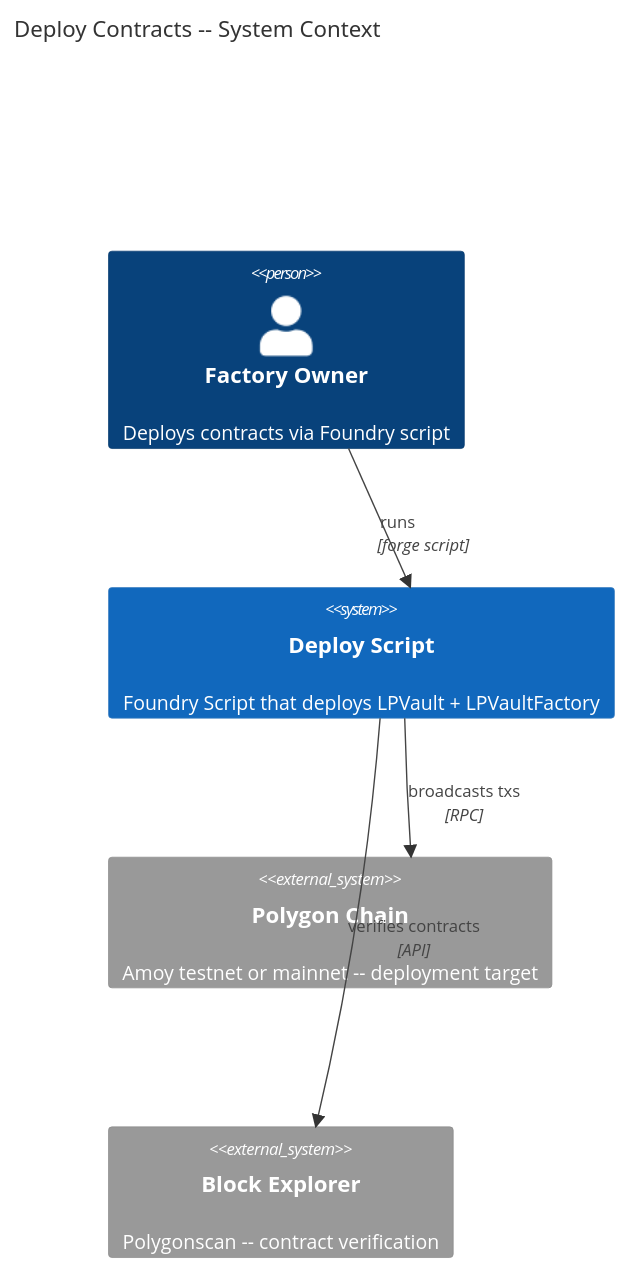
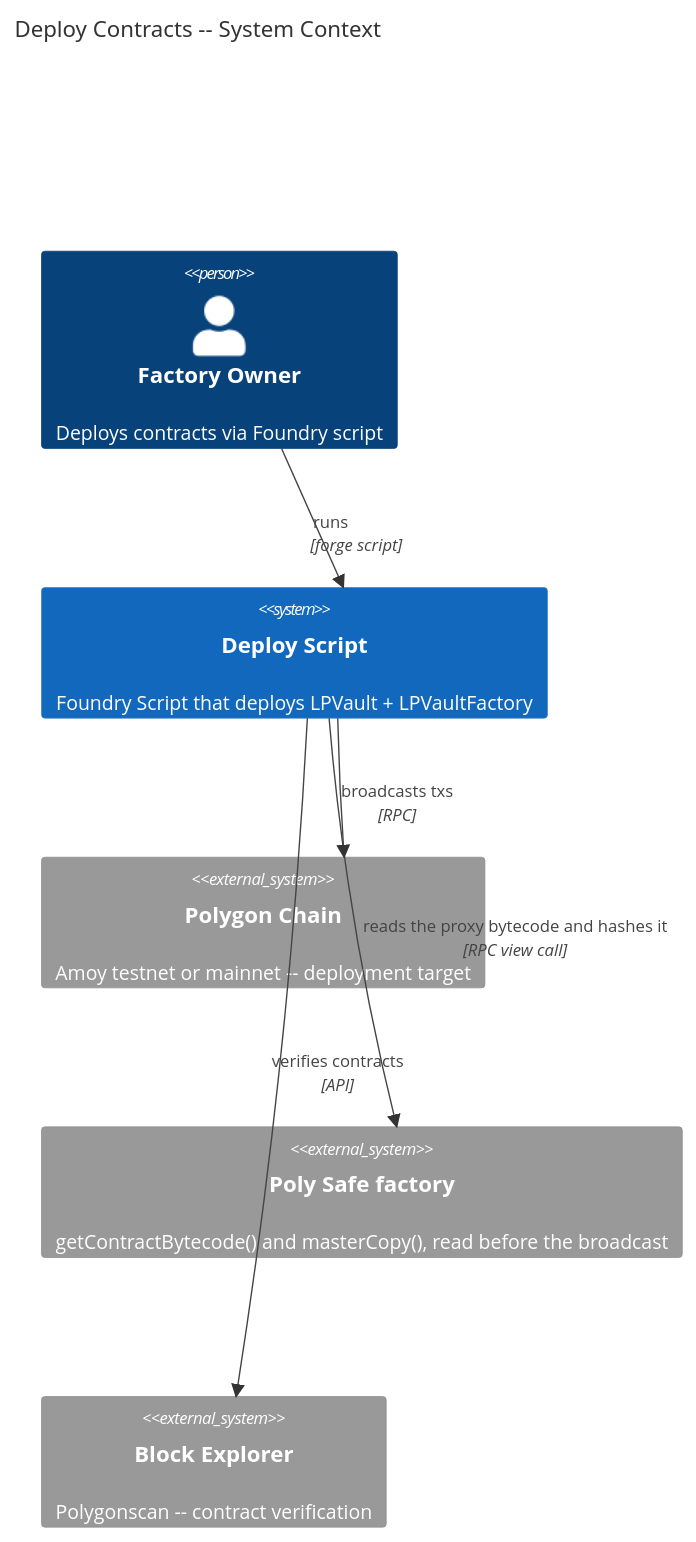
The first of 2 diagrams in specs/features/contracts/FEAT-J92H-deploy-contracts/ARCHITECTURE.md (ProphetMarket/lp-vaults), drawn with Mermaid before and after one commit. The commit also changed other lines of this file and 38 other files, not shown here.

````diff
--- a/specs/features/contracts/FEAT-J92H-deploy-contracts/ARCHITECTURE.md
+++ b/specs/features/contracts/FEAT-J92H-deploy-contracts/ARCHITECTURE.md
@@ -15,11 +15,13 @@
 ```mermaid
 C4Context
     title Deploy Contracts -- System Context
     Person(owner, "Factory Owner", "Deploys contracts via Foundry script")
     System(script, "Deploy Script", "Foundry Script that deploys LPVault + LPVaultFactory")
     System_Ext(chain, "Polygon Chain", "Amoy testnet or mainnet -- deployment target")
+    System_Ext(safefactory, "Poly Safe factory", "getContractBytecode() and masterCopy(), read before the broadcast")
     System_Ext(explorer, "Block Explorer", "Polygonscan -- contract verification")
     Rel(owner, script, "runs", "forge script")
+    Rel(script, safefactory, "reads the proxy bytecode and hashes it", "RPC view call")
     Rel(script, chain, "broadcasts txs", "RPC")
     Rel(script, explorer, "verifies contracts", "API")
 ```
````
